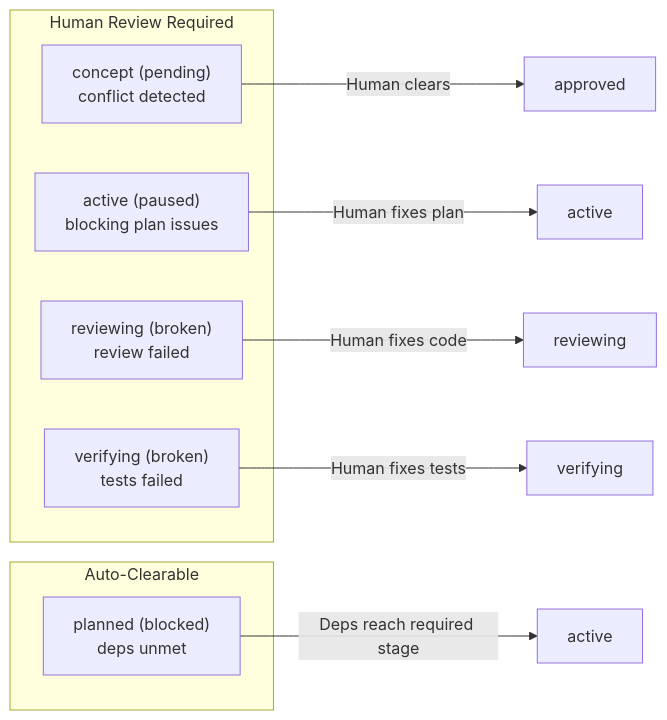
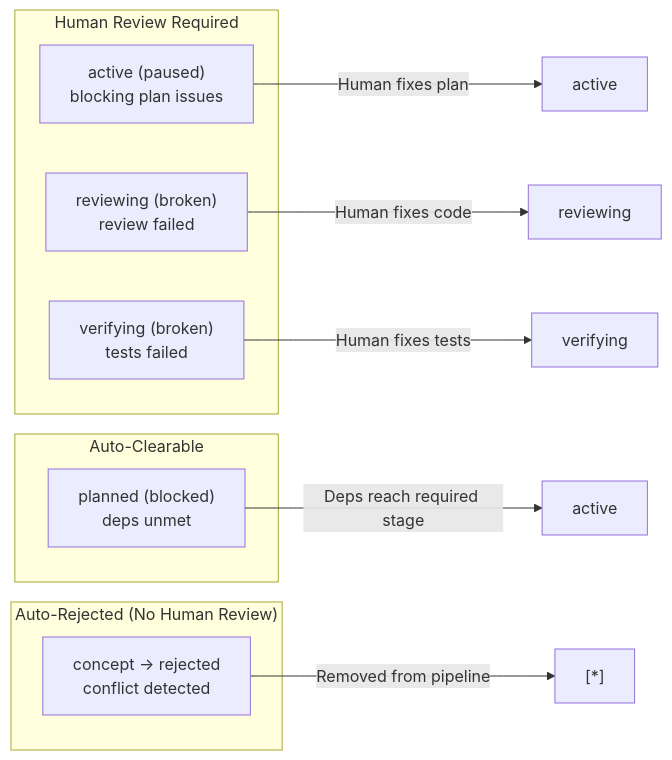
Before and after one commit to Mharbulous/SyncoPaid: the third of 3 diagrams in .claude/skills/story-tree/references/orchestrator-workflow-complete.md, drawn with Mermaid. The commit also changed other lines of this file, not shown here.

First line of the commit message:
fix(orchestrator): vet-stories rejects conflicts, not holds for review

````diff
--- a/.claude/skills/story-tree/references/orchestrator-workflow-complete.md
+++ b/.claude/skills/story-tree/references/orchestrator-workflow-complete.md
@@ -255,20 +262,23 @@
 ```mermaid
 flowchart LR
     subgraph "Human Review Required"
-        H1["concept (pending)<br/>conflict detected"]
         H2["active (paused)<br/>blocking plan issues"]
         H3["reviewing (broken)<br/>review failed"]
         H4["verifying (broken)<br/>tests failed"]
     end
 
     subgraph "Auto-Clearable"
         A1["planned (blocked)<br/>deps unmet"]
     end
 
-    H1 -->|"Human clears"| H1_CLEAR["approved"]
+    subgraph "Auto-Rejected (No Human Review)"
+        R1["concept → rejected<br/>conflict detected"]
+    end
+
     H2 -->|"Human fixes plan"| H2_CLEAR["active"]
     H3 -->|"Human fixes code"| H3_CLEAR["reviewing"]
     H4 -->|"Human fixes tests"| H4_CLEAR["verifying"]
 
     A1 -->|"Deps reach required stage"| A1_CLEAR["active"]
+    R1 -->|"Removed from pipeline"| R1_END["[*]"]
 ```
````
